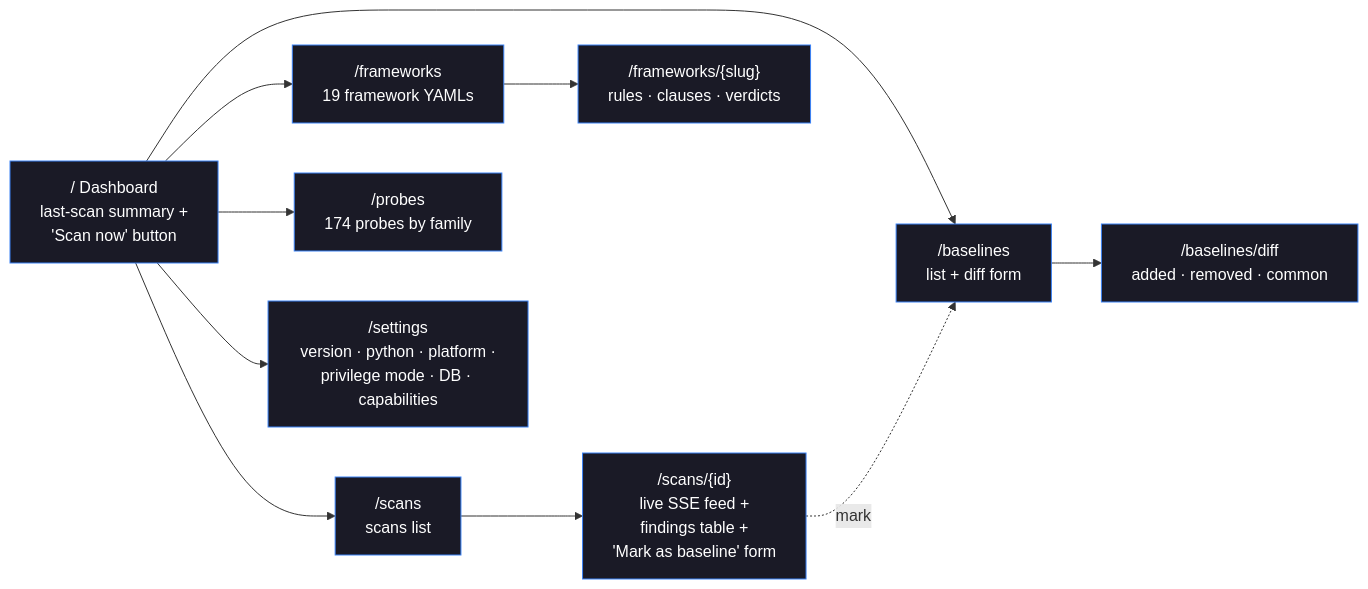
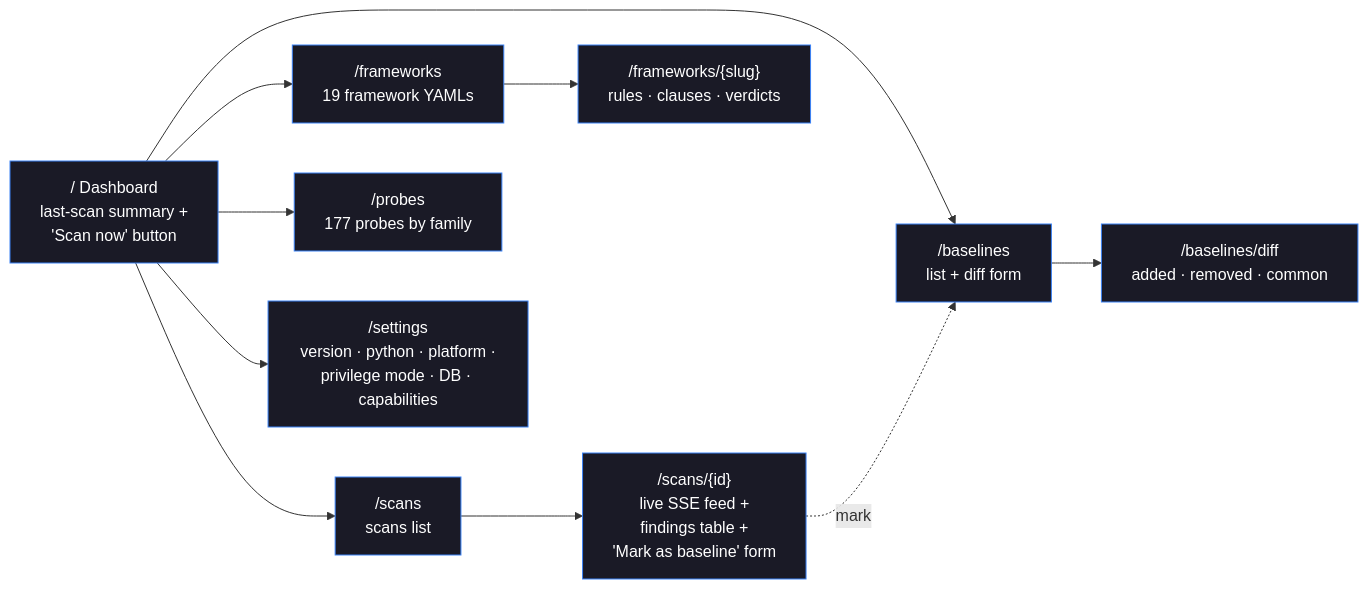
One commit to orengacademy/pqc-scanner2 changed the fourth of 8 diagrams in README.md. Above: the diagram before and after it, drawn with Mermaid. The commit also changed other lines of this file and 2 other files, not shown here.

````diff
--- a/README.md
+++ b/README.md
@@ -248,22 +248,22 @@
 ```mermaid
 flowchart LR
     HOME["/  Dashboard<br/>last-scan summary +<br/>'Scan now' button"]
     SCANS["/scans<br/>scans list"]
     DETAIL["/scans/{id}<br/>live SSE feed +<br/>findings table +<br/>'Mark as baseline' form"]
     FRAMEWORKS["/frameworks<br/>19 framework YAMLs"]
     FW_DET["/frameworks/{slug}<br/>rules · clauses · verdicts"]
-    PROBES["/probes<br/>174 probes by family"]
+    PROBES["/probes<br/>177 probes by family"]
     BASELINES["/baselines<br/>list + diff form"]
     DIFF["/baselines/diff<br/>added · removed · common"]
     SETTINGS["/settings<br/>version · python · platform ·<br/>privilege mode · DB · capabilities"]
 
     HOME --> SCANS --> DETAIL
     HOME --> FRAMEWORKS --> FW_DET
     HOME --> PROBES
     HOME --> BASELINES --> DIFF
     DETAIL -.mark.-> BASELINES
     HOME --> SETTINGS
 
     classDef page fill:#1a1a26,color:#fff,stroke:#3b82f6
     class HOME,SCANS,DETAIL,FRAMEWORKS,FW_DET,PROBES,BASELINES,DIFF,SETTINGS page
 ```
````
